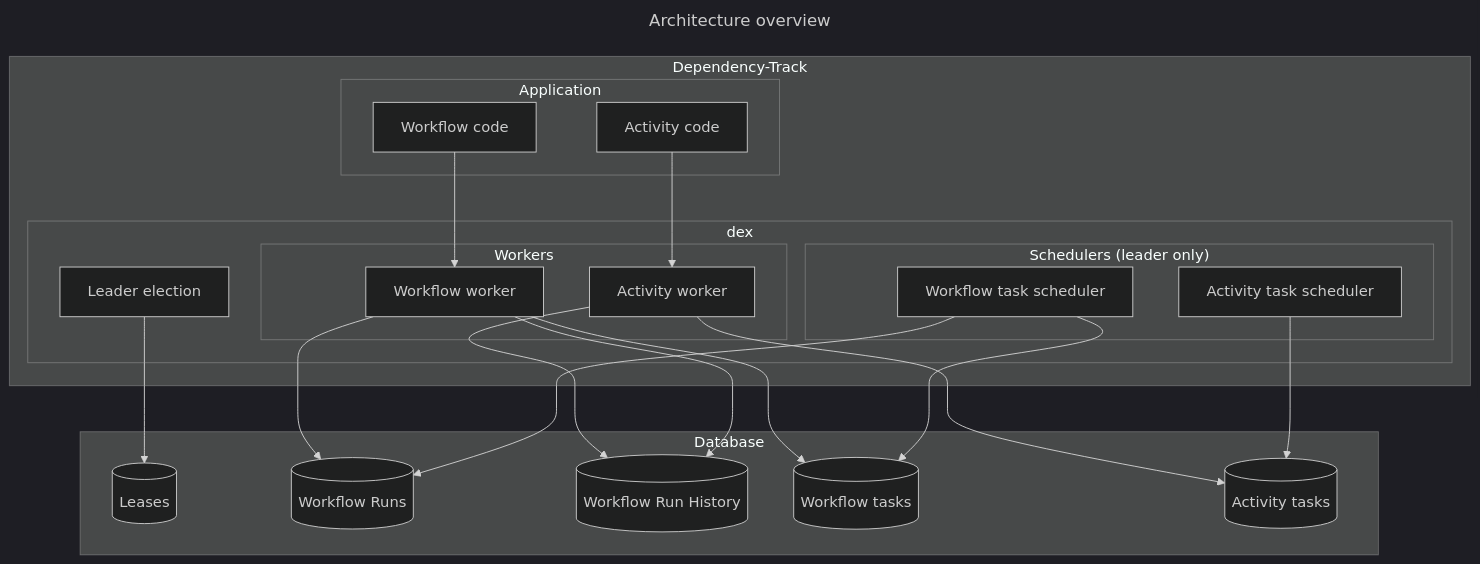
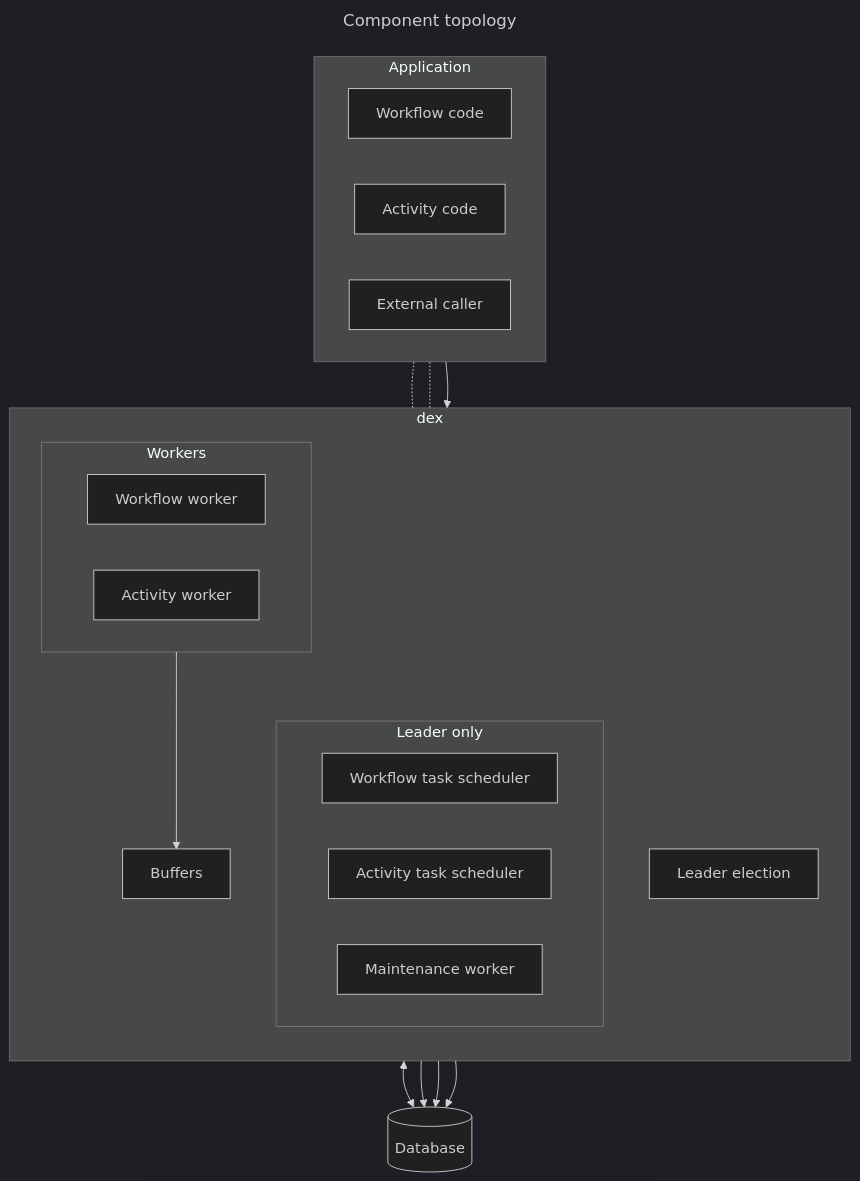
One commit to DependencyTrack/docs changed the third of 6 diagrams in docs/concepts/architecture/design/durable-execution.md. Above: the diagram before and after it, drawn with Mermaid (dark theme). The commit also changed other lines of this file and 1 other file, not shown here.

Commit message:
Update dex design doc (#92)

````diff
--- a/docs/concepts/architecture/design/durable-execution.md
+++ b/docs/concepts/architecture/design/durable-execution.md
@@ -182,46 +277,43 @@
 ```mermaid
 ---
-title: Architecture overview
+title: Component topology
 ---
 flowchart TB
-    subgraph Dependency-Track
-      subgraph Application
-          W["Workflow code"]
-          A["Activity code"]
-      end
-  
-      subgraph dex
-          subgraph Schedulers["Schedulers (leader only)"]
-              WS["Workflow task scheduler"]
-              AS["Activity task scheduler"]
-          end
-  
-          LE["Leader election"]
-  
-          subgraph Workers
-              WW["Workflow worker"]
-              AW["Activity worker"]
-          end
-      end
+    subgraph Application
+        direction LR
+        W["Workflow code"]
+        A["Activity code"]
+        EX["External caller"]
     end
 
-    subgraph Database
-        L[("Leases")]
-        R[("Workflow Runs")]
-        H[("Workflow Run History")]
-        WT[("Workflow tasks")]
-        AT[("Activity tasks")]
+    subgraph dex
+        direction TB
+        subgraph LeaderOnly["Leader only"]
+            direction LR
+            WS["Workflow task scheduler"]
+            AS["Activity task scheduler"]
+            MW["Maintenance worker"]
+        end
+
+        subgraph Workers
+            direction LR
+            WW["Workflow worker"]
+            AW["Activity worker"]
+        end
+
+        LE["Leader election"]
+        BUF["Buffers"]
     end
 
-    W --> WW
-    A --> AW
-    LE --> L
-    WS --> R
-    WS --> WT
-    AS --> AT
-    WW --> WT
-    WW --> R
-    WW --> H
-    AW --> AT
-    AW --> H
+    DB[("Database")]
+
+    W -.- WW
+    A -.- AW
+
+    EX --> BUF
+    LE <--> DB
+    LeaderOnly --> DB
+    Workers --> DB
+    Workers --> BUF
+    BUF --> DB
 ```
````
